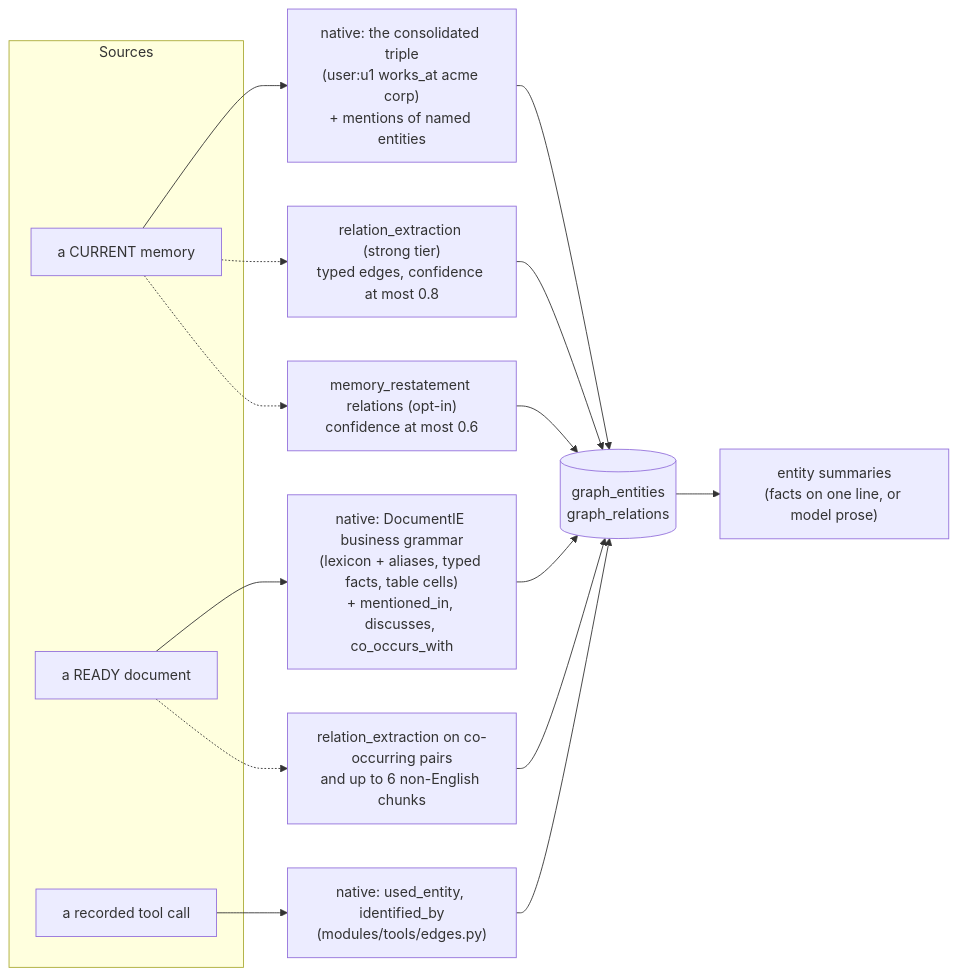
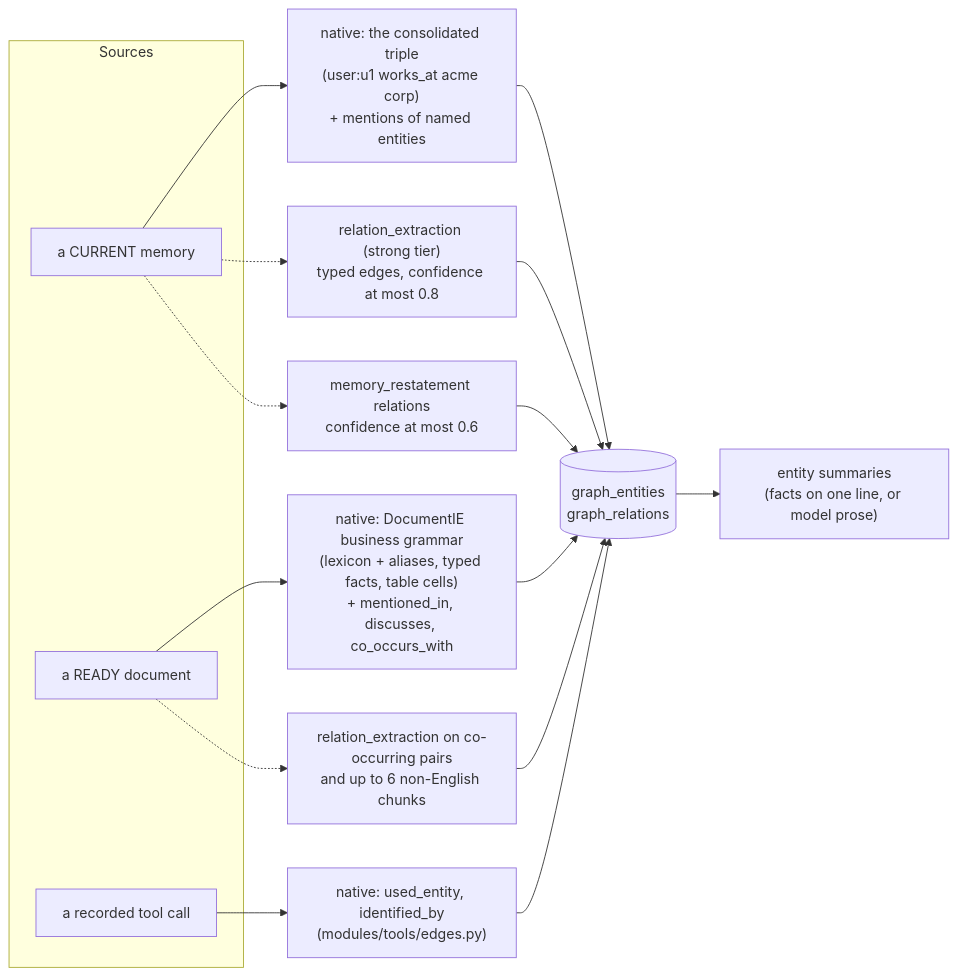
The second of 3 diagrams in docs/guide/05-knowledge-graph.md (amitmohapatra/agent-memory-service), drawn with Mermaid before and after one commit. The commit also changed other lines of this file and 11 other files, not shown here.

````diff
--- a/docs/guide/05-knowledge-graph.md
+++ b/docs/guide/05-knowledge-graph.md
@@ -132,21 +132,21 @@
 ```mermaid
 flowchart LR
   subgraph sources[Sources]
     M[a CURRENT memory]
     D[a READY document]
     T[a recorded tool call]
   end
   M --> NM["native: the consolidated triple<br/>(user:u1 works_at acme corp)<br/>+ mentions of named entities"]
   D --> ND["native: DocumentIE business grammar<br/>(lexicon + aliases, typed facts, table cells)<br/>+ mentioned_in, discusses, co_occurs_with"]
   T --> NT["native: used_entity, identified_by<br/>(modules/tools/edges.py)"]
   M -.-> LM["relation_extraction (strong tier)<br/>typed edges, confidence at most 0.8"]
-  M -.-> RS["memory_restatement relations (opt-in)<br/>confidence at most 0.6"]
+  M -.-> RS["memory_restatement relations<br/>confidence at most 0.6"]
   D -.-> LD["relation_extraction on co-occurring pairs<br/>and up to 6 non-English chunks"]
   NM --> G[("graph_entities<br/>graph_relations")]
   ND --> G
   NT --> G
   LM --> G
   RS --> G
   LD --> G
   G --> SUM["entity summaries<br/>(facts on one line, or model prose)"]
 ```
````
